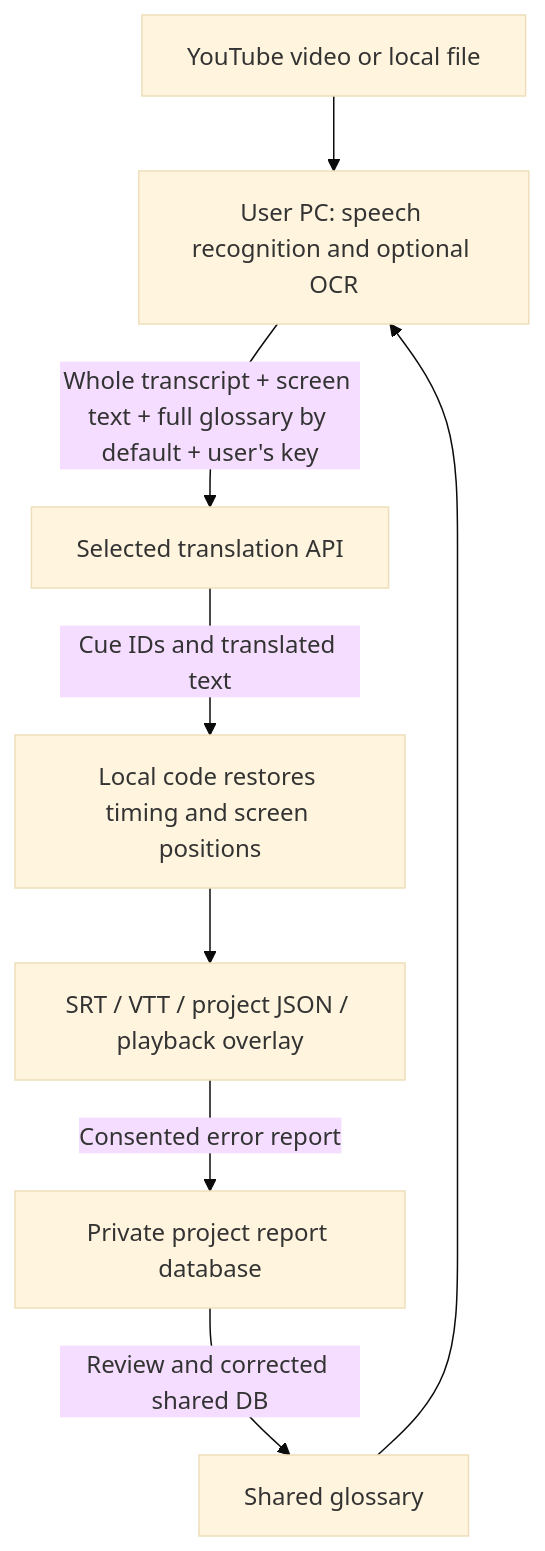
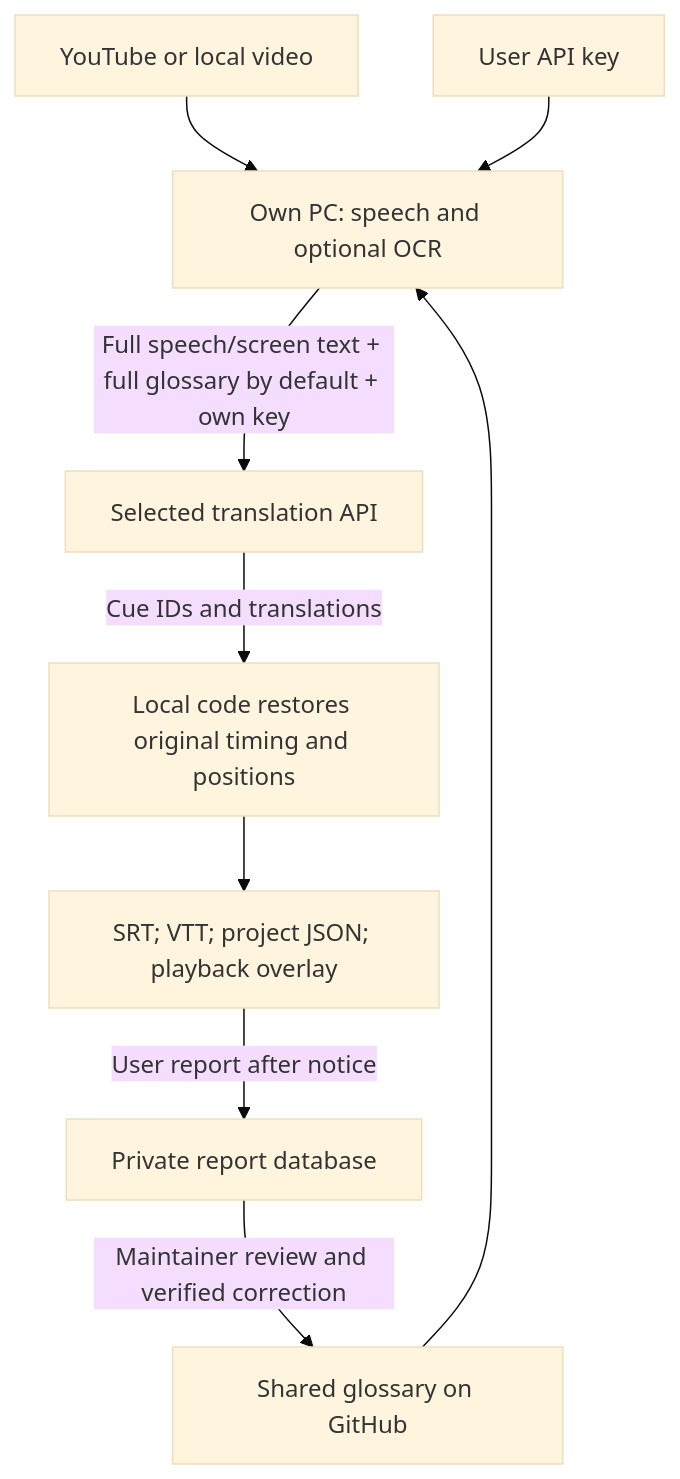
The sixth of 12 diagrams in ARCHITECTURE.md (Odarom/zenless-discord-translator), drawn with Mermaid (base theme) before and after one commit. The commit also changed other lines of this file and 19 other files, not shown here.

```diff
--- a/ARCHITECTURE.md
+++ b/ARCHITECTURE.md
@@ -39,10 +97,11 @@
 ~~~mermaid
 flowchart TD
-  V[YouTube video or local file] --> L[User PC: speech recognition and optional OCR]
-  G[Shared glossary] --> L
-  L -->|Whole transcript + screen text + full glossary by default + user's key| A[Selected translation API]
-  A -->|Cue IDs and translated text| C[Local code restores timing and screen positions]
-  C --> O[SRT / VTT / project JSON / playback overlay]
-  O -->|Consented error report| R[Private project report database]
-  R -->|Review and corrected shared DB| G
+ V["YouTube or local video"] --> L["Own PC: speech and optional OCR"]
+ G["Shared glossary on GitHub"] --> L
+ K["User API key"] --> L
+ L -->|"Full speech/screen text + full glossary by default + own key"| A["Selected translation API"]
+ A -->|"Cue IDs and translations"| C["Local code restores original timing and positions"]
+ C --> O["SRT; VTT; project JSON; playback overlay"]
+ O -->|"User report after notice"| R["Private report database"]
+ R -->|"Maintainer review and verified correction"| G
 ~~~
```
